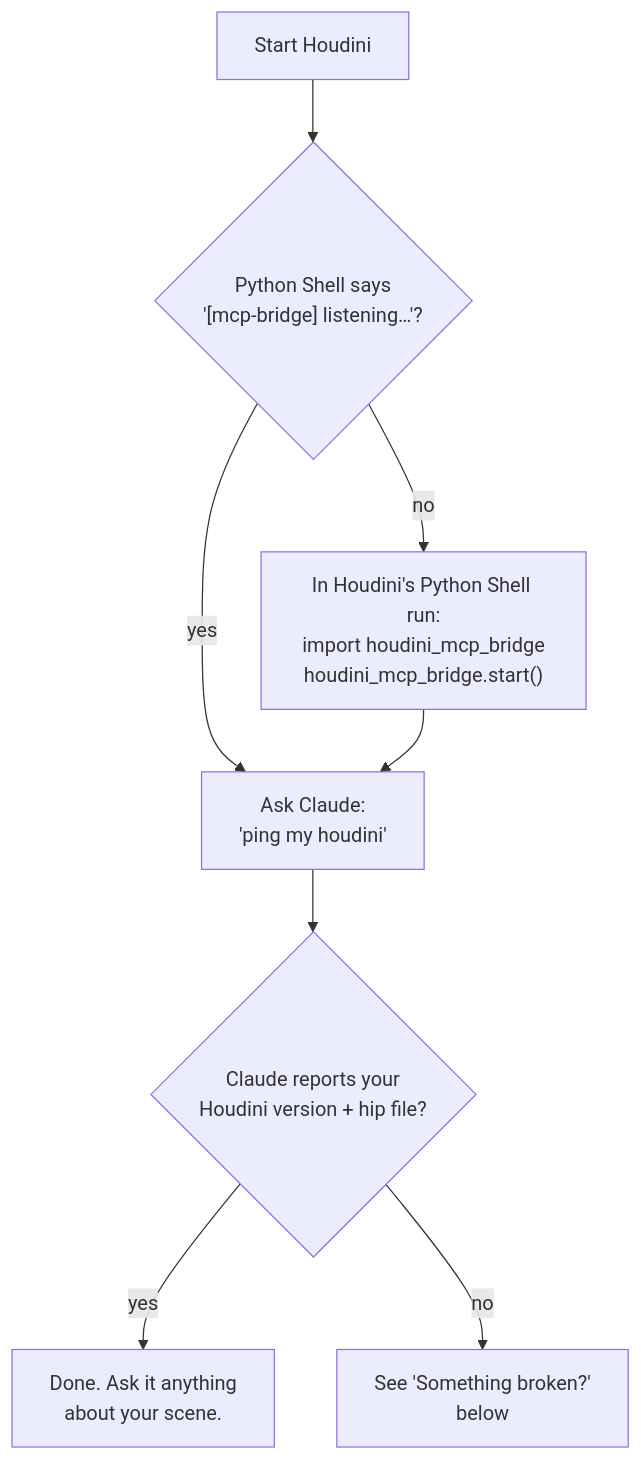
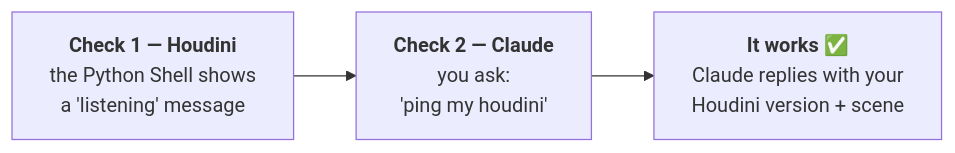
One commit to mizarzulfa/houdini-live-mcp changed the second of 2 diagrams in README.md. Above: the diagram before and after it, drawn with Mermaid. The commit also changed other lines of this file, not shown here.

First line of the commit message:
README: readable 'Did it work?' checks, simpler diagrams for non-technical readers

````diff
--- a/README.md
+++ b/README.md
@@ -109,10 +109,4 @@
 ```mermaid
-flowchart TD
-    A["Start Houdini"] --> B{"Python Shell says<br/>'[mcp-bridge] listening…'?"}
-    B -- yes --> C["Ask Claude:<br/>'ping my houdini'"]
-    B -- no --> D["In Houdini's Python Shell run:<br/>import houdini_mcp_bridge<br/>houdini_mcp_bridge.start()"]
-    D --> C
-    C --> E{"Claude reports your<br/>Houdini version + hip file?"}
-    E -- yes --> F["Done. Ask it anything<br/>about your scene."]
-    E -- no --> G["See 'Something broken?'<br/>below"]
+flowchart LR
+    A["<b>Check 1 — Houdini</b><br/>the Python Shell shows<br/>a 'listening' message"] --> B["<b>Check 2 — Claude</b><br/>you ask:<br/>'ping my houdini'"] --> C["<b>It works ✅</b><br/>Claude replies with your<br/>Houdini version + scene"]
 ```
````
